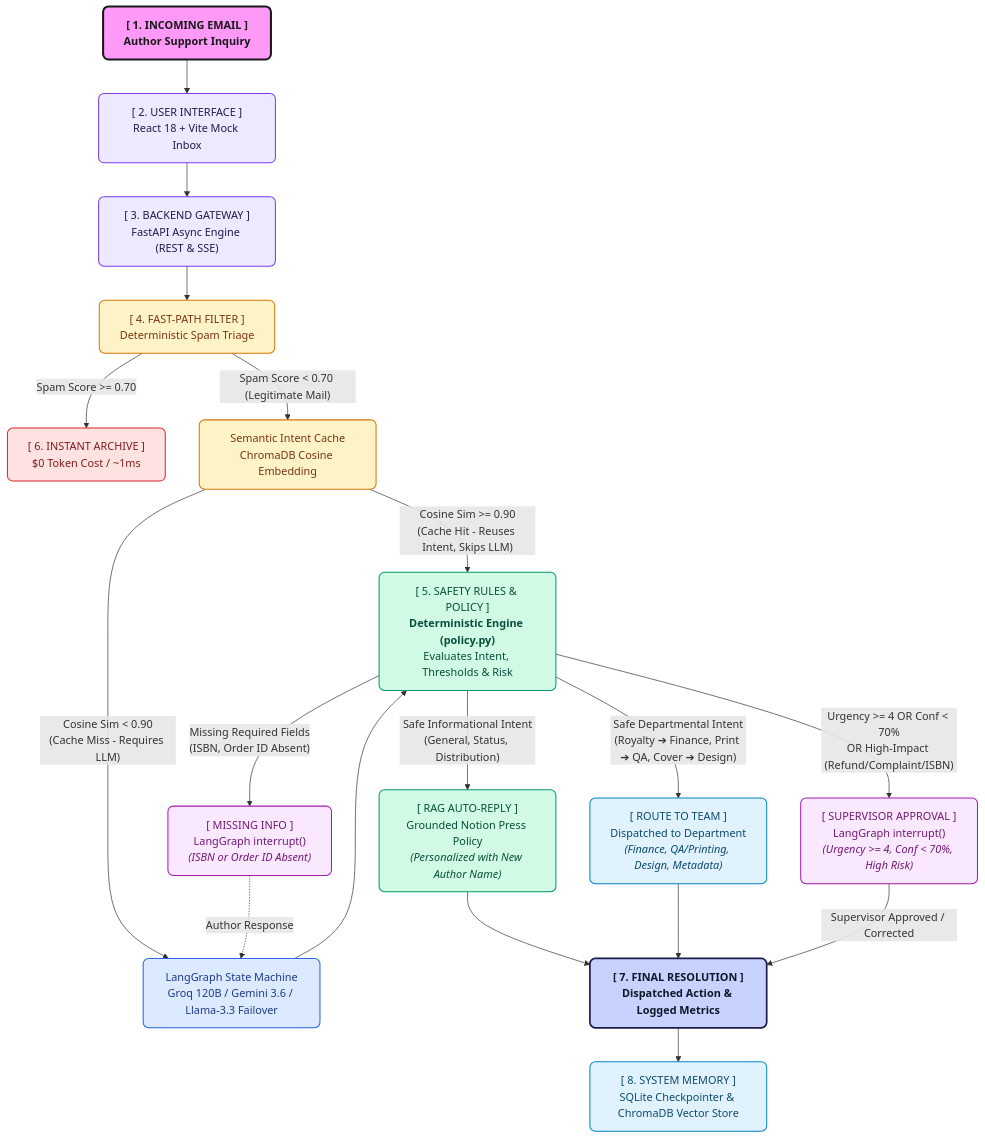
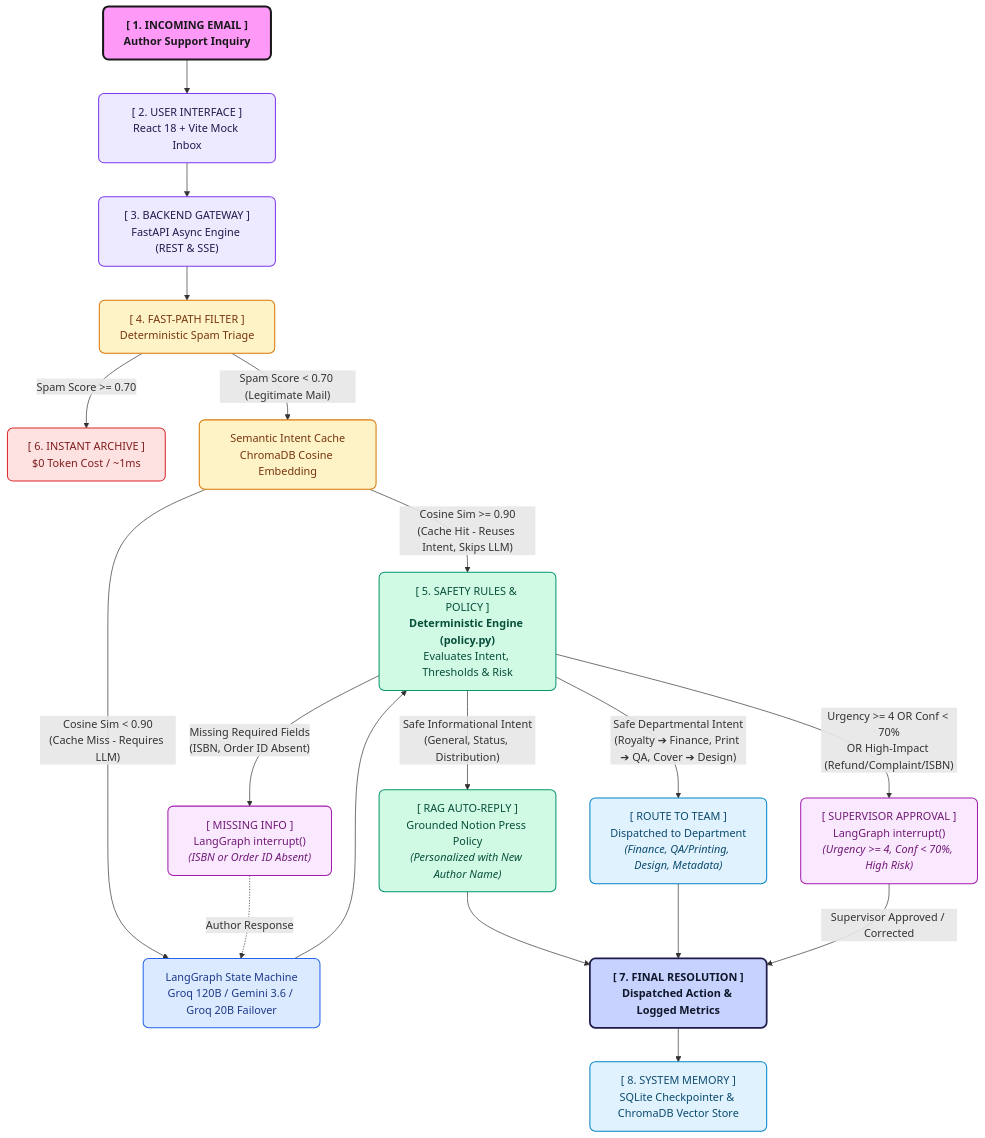
The diagram in README.md (sharan1918/Notion-Press-POC), drawn with Mermaid before and after one commit. The commit also changed other lines of this file and 7 other files, not shown here.

````diff
--- a/README.md
+++ b/README.md
@@ -11,57 +11,57 @@
 ```mermaid
 flowchart TD
     %% Styling Classes matching pastel boxed reference
     classDef rootBox fill:#ff99f7,stroke:#18181b,stroke-width:3px,color:#18181b,font-weight:bold,rx:8px,ry:8px;
     classDef lavenderBox fill:#ede9fe,stroke:#7c3aed,stroke-width:1.5px,color:#1e1b4b,font-weight:500,rx:8px,ry:8px;
     classDef blueBox fill:#dbeafe,stroke:#2563eb,stroke-width:1.5px,color:#1e3a8a,font-weight:500,rx:8px,ry:8px;
     classDef amberBox fill:#fef3c7,stroke:#d97706,stroke-width:1.5px,color:#78350f,font-weight:500,rx:8px,ry:8px;
     classDef greenBox fill:#d1fae5,stroke:#059669,stroke-width:1.5px,color:#064e3b,font-weight:500,rx:8px,ry:8px;
     classDef redBox fill:#fee2e2,stroke:#dc2626,stroke-width:1.5px,color:#7f1d1d,font-weight:500,rx:8px,ry:8px;
     classDef purpleBox fill:#fae8ff,stroke:#a21caf,stroke-width:1.5px,color:#701a75,font-weight:500,rx:8px,ry:8px;
     classDef cyanBox fill:#e0f2fe,stroke:#0284c7,stroke-width:1.5px,color:#0c4a6e,font-weight:500,rx:8px,ry:8px;
     classDef highlightBox fill:#c7d2fe,stroke:#1e1b4b,stroke-width:2.5px,color:#0f172a,font-weight:bold,rx:8px,ry:8px;
 
     ROOT["[ 1. INCOMING EMAIL ]<br/><b>Author Support Inquiry</b>"]:::rootBox
     UI["[ 2. USER INTERFACE ]<br/>React 18 + Vite Mock Inbox"]:::lavenderBox
     GATEWAY["[ 3. BACKEND GATEWAY ]<br/>FastAPI Async Engine (REST & SSE)"]:::lavenderBox
     SPAM_CHECK["[ 4. FAST-PATH FILTER ]<br/>Deterministic Spam Triage"]:::amberBox
     SPAM["[ 6. INSTANT ARCHIVE ]<br/>$0 Token Cost / ~1ms"]:::redBox
 
     CACHE_CHECK["Semantic Intent Cache<br/>ChromaDB Cosine Embedding"]:::amberBox
 
-    AI["LangGraph State Machine<br/>Groq 120B / Gemini 3.6 / Llama-3.3 Failover"]:::blueBox
+    AI["LangGraph State Machine<br/>Groq 120B / Gemini 3.6 / Groq 20B Failover"]:::blueBox
 
     GUARD["[ 5. SAFETY RULES & POLICY ]<br/><b>Deterministic Engine (policy.py)</b><br/>Evaluates Intent, Thresholds & Risk"]:::greenBox
 
     RAG_REPLY["[ RAG AUTO-REPLY ]<br/>Grounded Notion Press Policy<br/><i>(Personalized with New Author Name)</i>"]:::greenBox
     TEAM_ROUTE["[ ROUTE TO TEAM ]<br/>Dispatched to Department<br/><i>(Finance, QA/Printing, Design, Metadata)</i>"]:::cyanBox
     NEED_INFO["[ MISSING INFO ]<br/>LangGraph interrupt()<br/><i>(ISBN or Order ID Absent)</i>"]:::purpleBox
     HITL["[ SUPERVISOR APPROVAL ]<br/>LangGraph interrupt()<br/><i>(Urgency &gt;= 4, Conf &lt; 70%, High Risk)</i>"]:::purpleBox
 
     RESOLUTION["[ 7. FINAL RESOLUTION ]<br/>Dispatched Action & Logged Metrics"]:::highlightBox
     MEMORY["[ 8. SYSTEM MEMORY ]<br/>SQLite Checkpointer & ChromaDB Vector Store"]:::cyanBox
 
     ROOT --> UI
     UI --> GATEWAY
     GATEWAY --> SPAM_CHECK
 
     SPAM_CHECK -->|"Spam Score &gt;= 0.70"| SPAM
     SPAM_CHECK -->|"Spam Score &lt; 0.70 (Legitimate Mail)"| CACHE_CHECK
 
     CACHE_CHECK -->|"Cosine Sim &gt;= 0.90<br/>(Cache Hit - Reuses Intent, Skips LLM)"| GUARD
     CACHE_CHECK -->|"Cosine Sim &lt; 0.90<br/>(Cache Miss - Requires LLM)"| AI
 
     AI --> GUARD
 
     GUARD -->|"Missing Required Fields<br/>(ISBN, Order ID Absent)"| NEED_INFO
     GUARD -->|"Urgency &gt;= 4 OR Conf &lt; 70%<br/>OR High-Impact (Refund/Complaint/ISBN)"| HITL
     GUARD -->|"Safe Informational Intent<br/>(General, Status, Distribution)"| RAG_REPLY
     GUARD -->|"Safe Departmental Intent<br/>(Royalty ➔ Finance, Print ➔ QA, Cover ➔ Design)"| TEAM_ROUTE
 
     RAG_REPLY --> RESOLUTION
     TEAM_ROUTE --> RESOLUTION
     NEED_INFO -.->|Author Response| AI
     HITL -->|Supervisor Approved / Corrected| RESOLUTION
 
     RESOLUTION --> MEMORY
 ```
````
